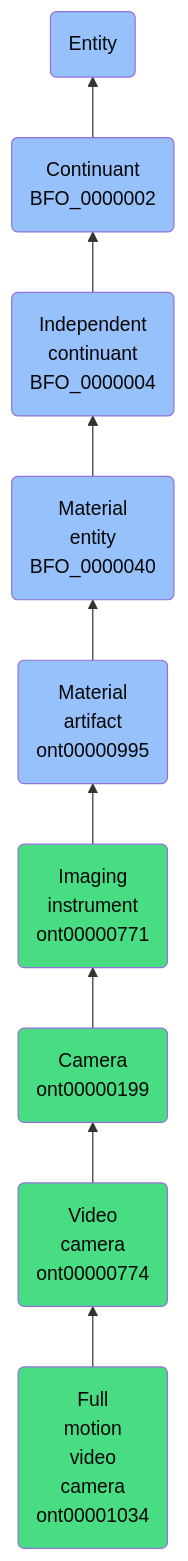
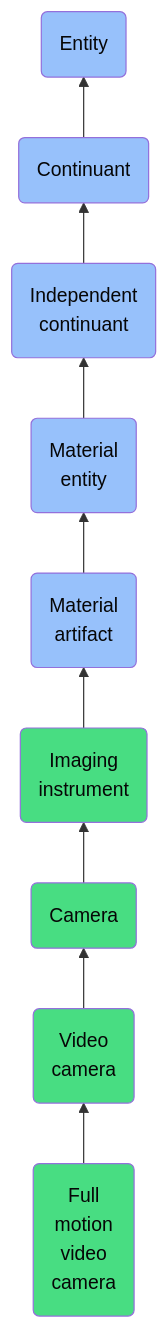
One commit to jupyter-naas/abi changed the diagram in docs/ontology/reference/model/Entity/Continuant/Independent continuant/Material entity/Material artifact/Imaging instrument/Camera/Video camera/Full motion video camera/Full motion video camera.md. Above: the diagram before and after it, drawn with Mermaid. The commit also changed other lines of this file and 1430 other files, not shown here.

````diff
--- a/docs/ontology/reference/model/Entity/Continuant/Independent continuant/Material entity/Material artifact/Imaging instrument/Camera/Video camera/Full motion video camera/Full motion video camera.md
+++ b/docs/ontology/reference/model/Entity/Continuant/Independent continuant/Material entity/Material artifact/Imaging instrument/Camera/Video camera/Full motion video camera/Full motion video camera.md
@@ -24,16 +24,16 @@
 ```mermaid
 graph BT
-    ont00001034(Full<br>motion<br>video<br>camera<br>ont00001034):::ABI-->ont00000774
-    ont00000774(Video<br>camera<br>ont00000774):::ABI-->ont00000199
-    ont00000199(Camera<br>ont00000199):::ABI-->ont00000771
-    ont00000771(Imaging<br>instrument<br>ont00000771):::ABI-->ont00000995
-    ont00000995(Material<br>artifact<br>ont00000995):::BFO-->BFO_0000040
-    BFO_0000040(Material<br>entity<br>BFO_0000040):::BFO-->BFO_0000004
-    BFO_0000004(Independent<br>continuant<br>BFO_0000004):::BFO-->BFO_0000002
-    BFO_0000002(Continuant<br>BFO_0000002):::BFO-->BFO_0000001
+    ont00001034(Full<br>motion<br>video<br>camera):::ABI-->ont00000774
+    ont00000774(Video<br>camera):::ABI-->ont00000199
+    ont00000199(Camera):::ABI-->ont00000771
+    ont00000771(Imaging<br>instrument):::ABI-->ont00000995
+    ont00000995(Material<br>artifact):::BFO-->BFO_0000040
+    BFO_0000040(Material<br>entity):::BFO-->BFO_0000004
+    BFO_0000004(Independent<br>continuant):::BFO-->BFO_0000002
+    BFO_0000002(Continuant):::BFO-->BFO_0000001
     BFO_0000001(Entity):::BFO
     
     classDef BFO fill:#97c1fb,color:#060606
     classDef CCO fill:#e4c51e,color:#060606
     classDef ABI fill:#48DD82,color:#060606
 ```
````
